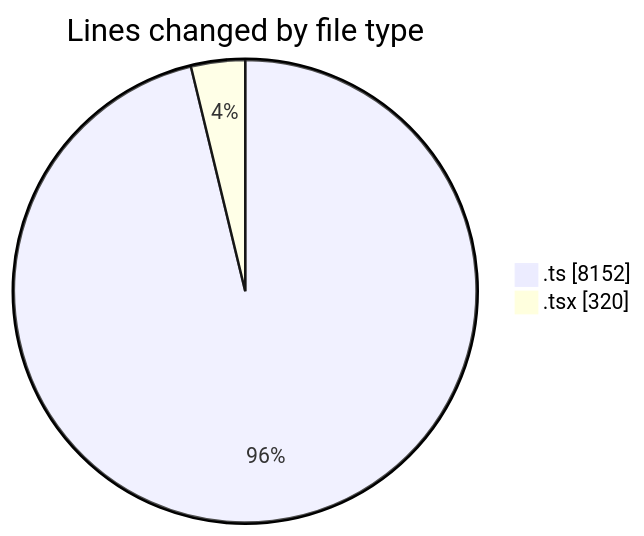
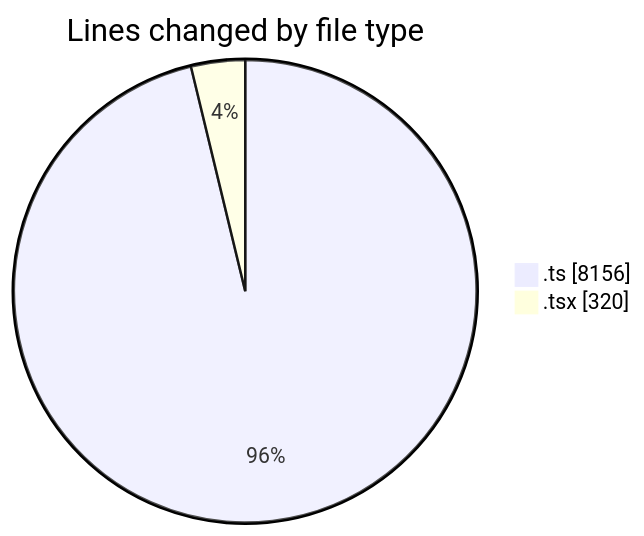
The first of 2 diagrams in 2025-08-13/cda/README.md (momahboobian/code-tracking), drawn with Mermaid before and after one commit. The commit also changed other lines of this file and 1 other file, not shown here.

````diff
--- a/2025-08-13/cda/README.md
+++ b/2025-08-13/cda/README.md
@@ -24,6 +24,6 @@
 ```mermaid
 pie showData
 title Lines changed by file type
-".ts" : 8152
+".ts" : 8156
 ".tsx" : 320
 ```
````
